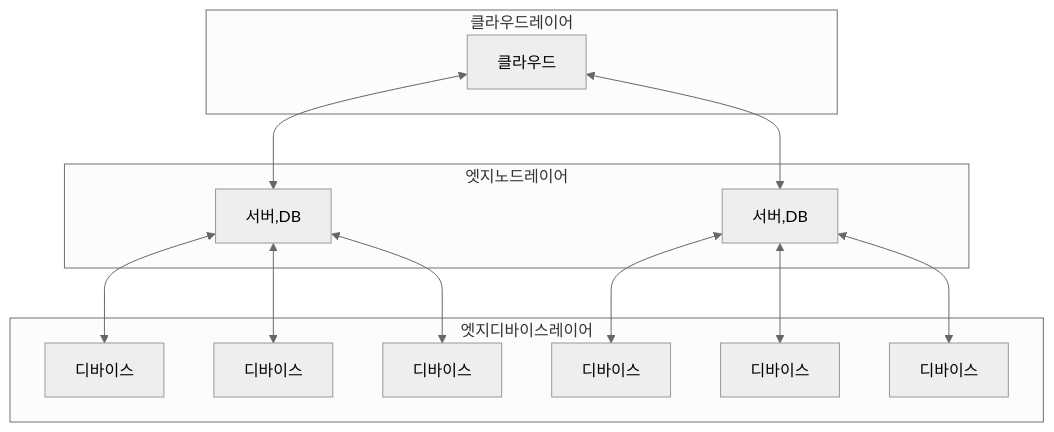
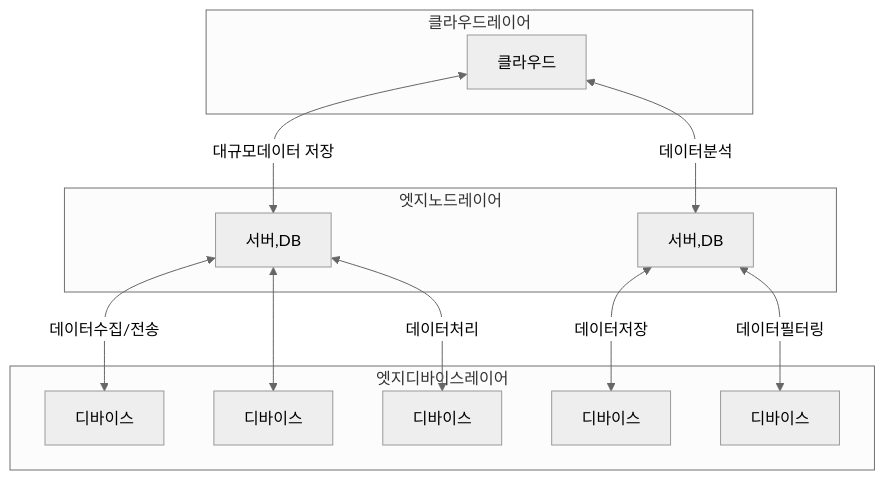
One commit to gracefullight/gracefullight.github.io changed the diagram in blog/pe/conv/edge-computing.md. Above: the diagram before and after it, drawn with Mermaid (neutral theme). The commit also changed other lines of this file, not shown here.

Commit message:
docs(pe): 📚️ edge computing

````diff
--- a/blog/pe/conv/edge-computing.md
+++ b/blog/pe/conv/edge-computing.md
@@ -21,29 +21,27 @@
 ```mermaid
 graph TB
   subgraph 클라우드레이어
     클라우드
   end
 
   subgraph 엣지노드레이어
     서버1[서버,DB]
     서버2[서버,DB]
   end
 
   subgraph 엣지디바이스레이어
     디바이스1[디바이스]
     디바이스2[디바이스]
     디바이스3[디바이스]
     디바이스4[디바이스]
     디바이스5[디바이스]
-    디바이스6[디바이스]
   end
 
-  클라우드 <--> 서버1
-    서버1 <--> 디바이스1
+  클라우드 <-->|대규모데이터 저장| 서버1
+    서버1 <-->|데이터수집/전송| 디바이스1
     서버1 <--> 디바이스2
-    서버1 <--> 디바이스3
-  클라우드 <--> 서버2
-    서버2 <--> 디바이스4
-    서버2 <--> 디바이스5
-    서버2 <--> 디바이스6
+    서버1 <-->|데이터처리| 디바이스3
+  클라우드 <-->|데이터분석| 서버2
+    서버2 <-->|데이터저장| 디바이스4
+    서버2 <-->|데이터필터링| 디바이스5
 ```
````
